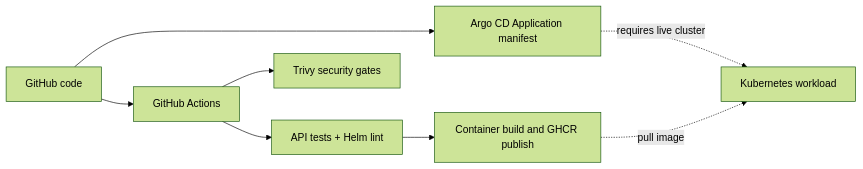
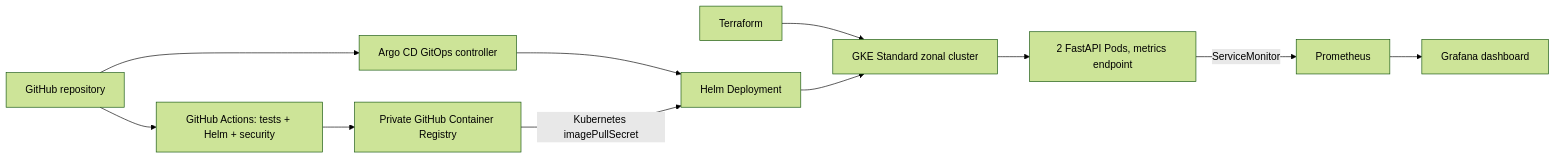
One commit to Fouad-DevOps-Projects/cloud-native-infrastructure changed the second of 2 diagrams in docs/architecture/portfolio-overview.md. Above: the diagram before and after it, drawn with Mermaid (forest theme). The commit also changed other lines of this file, not shown here.

Commit message:
docs(final): align project completion and architecture with verified GKE evidence

````diff
--- a/docs/architecture/portfolio-overview.md
+++ b/docs/architecture/portfolio-overview.md
@@ -24,10 +24,13 @@
 ```mermaid
 flowchart LR
-  SOURCE[GitHub code] --> ACTIONS[GitHub Actions]
-  ACTIONS --> TEST[API tests + Helm lint]
-  ACTIONS --> SEC[Trivy security gates]
-  TEST --> IMG[Container build and GHCR publish]
-  SOURCE --> ARGO[Argo CD Application manifest]
-  ARGO -. requires live cluster .-> K8S[Kubernetes workload]
-  IMG -. pull image .-> K8S
+  DEV[GitHub repository] --> CI[GitHub Actions: tests + Helm + security]
+  CI --> GHCR[Private GitHub Container Registry]
+  TF2[Terraform] --> GKE[GKE Standard zonal cluster]
+  DEV --> ARGO[Argo CD GitOps controller]
+  ARGO --> HELM[Helm Deployment]
+  GHCR -->|Kubernetes imagePullSecret| HELM
+  HELM --> GKE
+  GKE --> API[2 FastAPI Pods, metrics endpoint]
+  API -->|ServiceMonitor| PROM[Prometheus]
+  PROM --> GRAF[Grafana dashboard]
 ```
````
